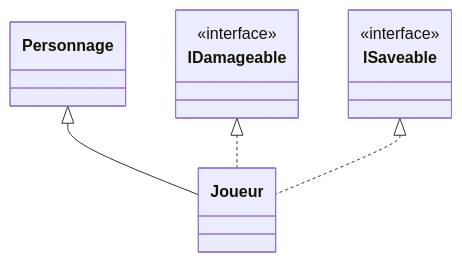
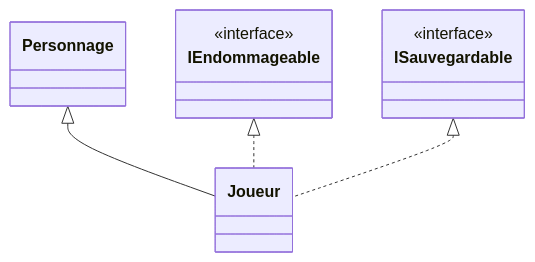
The second of 2 diagrams in Chapitre 1/Partie II — Les 4 piliers de la POO/6. Héritage.md (JulesGilli/object-oriented-programming-course), drawn with Mermaid before and after one commit. The commit also changed other lines of this file and 24 other files, not shown here.

````diff
--- a/Chapitre 1/Partie II — Les 4 piliers de la POO/6. Héritage.md
+++ b/Chapitre 1/Partie II — Les 4 piliers de la POO/6. Héritage.md
@@ -231,13 +231,13 @@
 ```mermaid
 classDiagram
     class Personnage
-    class IDamageable {
+    class IEndommageable {
         <<interface>>
     }
-    class ISaveable {
+    class ISauvegardable {
         <<interface>>
     }
     Personnage <|-- Joueur
-    IDamageable <|.. Joueur
-    ISaveable <|.. Joueur
+    IEndommageable <|.. Joueur
+    ISauvegardable <|.. Joueur
 ```
````
